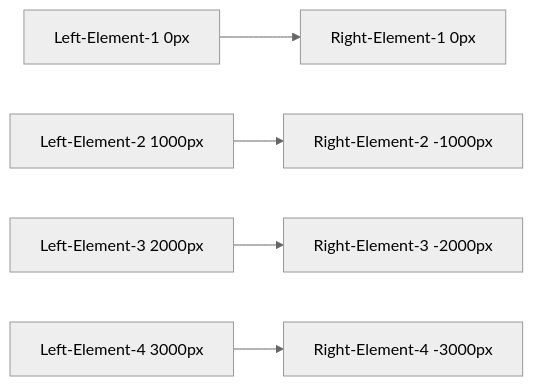
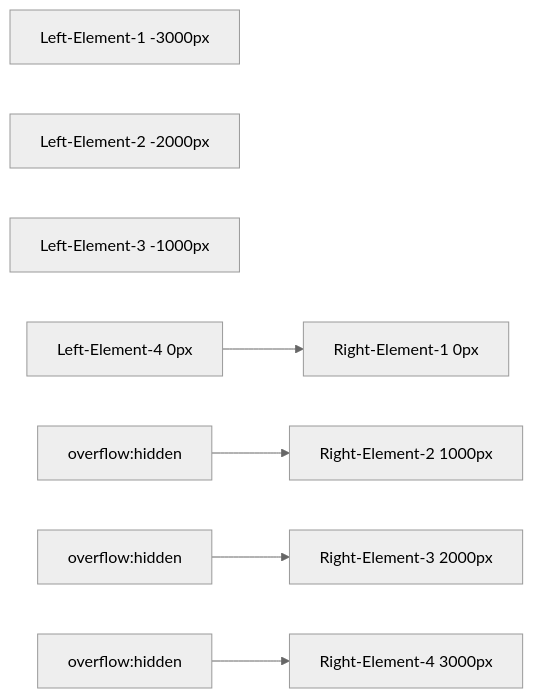
Before and after one commit to samuelcolares/doubleverticalSlider: the fourth of 8 diagrams in README.md, drawn with Mermaid (neutral theme). The commit also changed other lines of this file, not shown here.

````diff
--- a/README.md
+++ b/README.md
@@ -67,8 +67,11 @@
 ```mermaid
 graph LR;
-A[Left-Element-1 0px] --> B[Right-Element-1 0px];
-C[Left-Element-2 1000px] --> D[Right-Element-2 -1000px];
-E[Left-Element-3 2000px] --> F[Right-Element-3 -2000px];
-G[Left-Element-4 3000px] --> H[Right-Element-4 -3000px];
+G[Left-Element-1 -3000px]
+E[Left-Element-2 -2000px]    
+C[Left-Element-3 -1000px]
+A[Left-Element-4 0px] --> B[Right-Element-1 0px];
+Z[overflow:hidden] --> D[Right-Element-2 1000px];
+X[overflow:hidden] --> F[Right-Element-3 2000px];
+Y[overflow:hidden] --> H[Right-Element-4 3000px];
 
 ```
````
